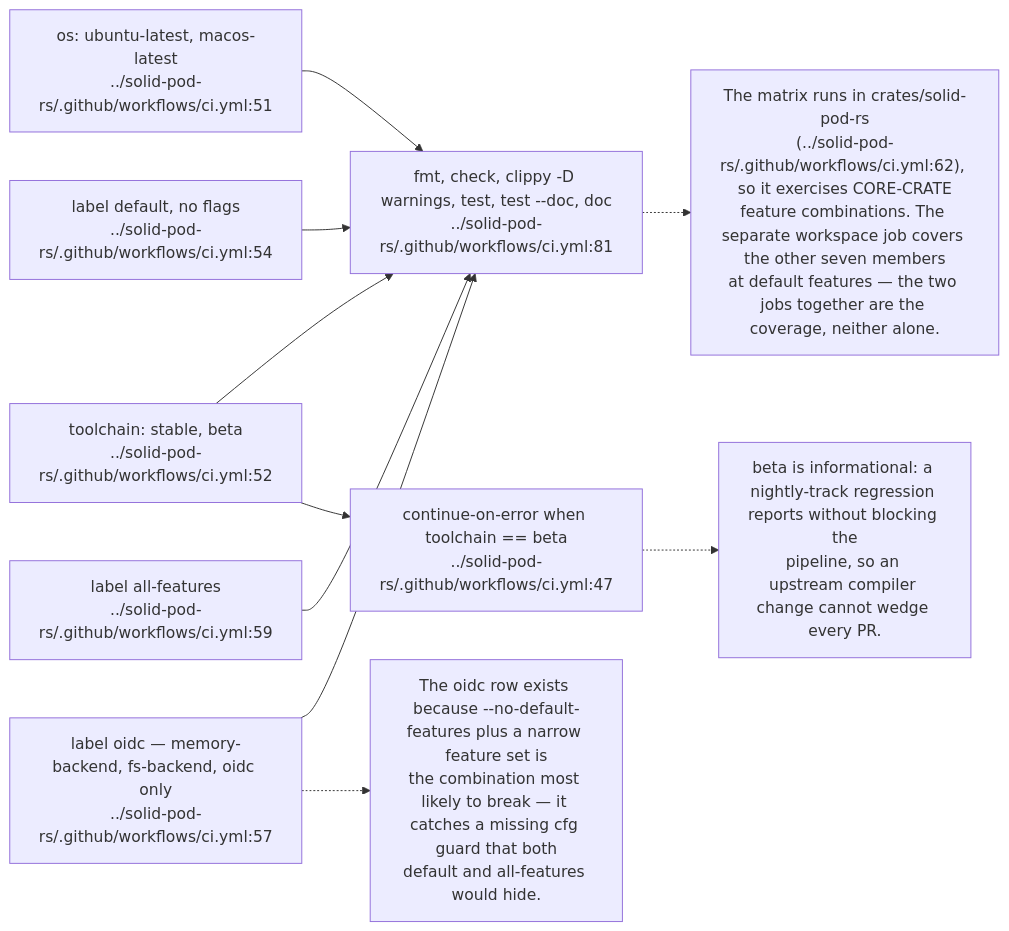
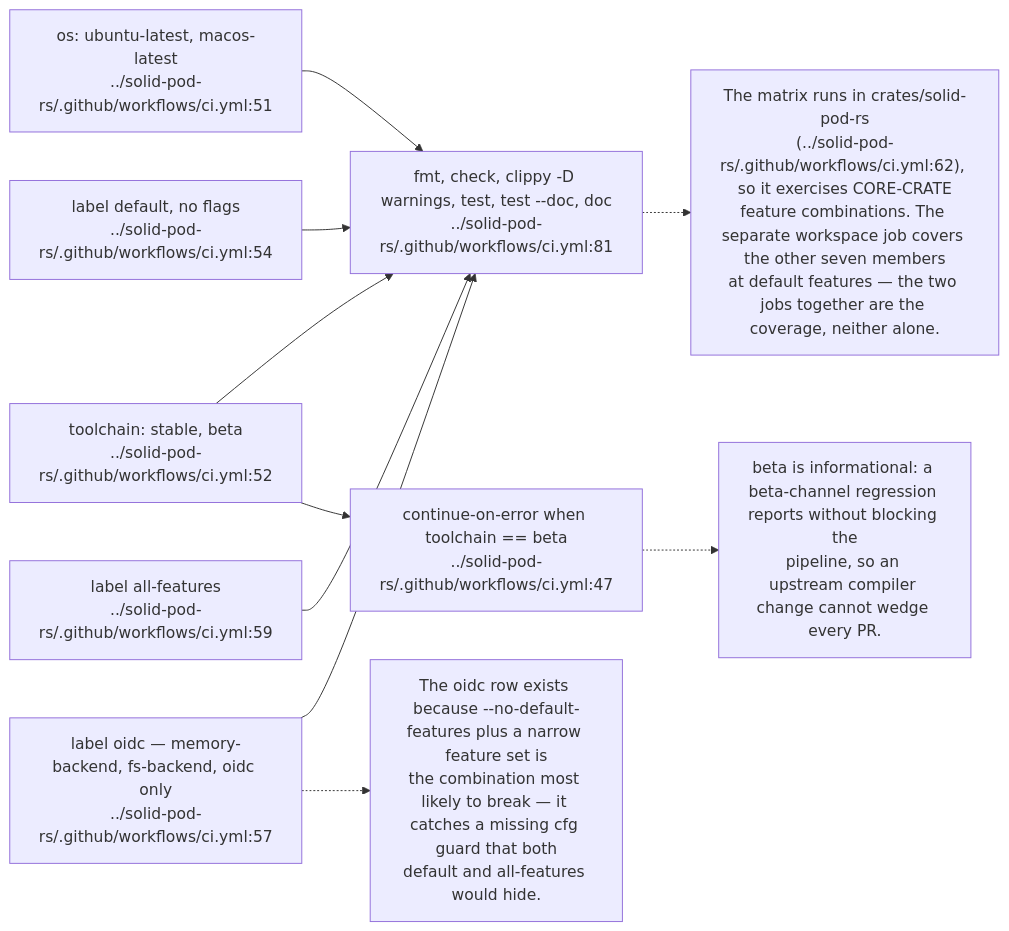
Before and after one commit to DreamLab-AI/VisionFlow: the second of 9 diagrams in docs/diagrams/solid-pod-rs/09-ci-release-and-consumer-pins.md, drawn with Mermaid. The commit also changed other lines of this file and 47 other files, not shown here.

````diff
--- a/docs/diagrams/solid-pod-rs/09-ci-release-and-consumer-pins.md
+++ b/docs/diagrams/solid-pod-rs/09-ci-release-and-consumer-pins.md
@@ -80,24 +89,24 @@
 ```mermaid
 flowchart LR
     OS["os: ubuntu-latest, macos-latest<br/>../solid-pod-rs/.github/workflows/ci.yml:51"]
     TC["toolchain: stable, beta<br/>../solid-pod-rs/.github/workflows/ci.yml:52"]
     F1["label default, no flags<br/>../solid-pod-rs/.github/workflows/ci.yml:54"]
     F2["label oidc — memory-backend, fs-backend, oidc only<br/>../solid-pod-rs/.github/workflows/ci.yml:57"]
     F3["label all-features<br/>../solid-pod-rs/.github/workflows/ci.yml:59"]
     STEPS["fmt, check, clippy -D warnings, test, test --doc, doc<br/>../solid-pod-rs/.github/workflows/ci.yml:81"]
     BETA["continue-on-error when toolchain == beta<br/>../solid-pod-rs/.github/workflows/ci.yml:47"]
 
     OS --> STEPS
     TC --> STEPS
     F1 --> STEPS
     F2 --> STEPS
     F3 --> STEPS
     TC --> BETA
 
     N["The matrix runs in crates/solid-pod-rs<br/>(../solid-pod-rs/.github/workflows/ci.yml:62), so it exercises CORE-CRATE<br/>feature combinations. The separate workspace job covers the other seven members<br/>at default features — the two jobs together are the coverage, neither alone."]
     STEPS -.-> N
-    N2["beta is informational: a nightly-track regression reports without blocking the<br/>pipeline, so an upstream compiler change cannot wedge every PR."]
+    N2["beta is informational: a beta-channel regression reports without blocking the<br/>pipeline, so an upstream compiler change cannot wedge every PR."]
     BETA -.-> N2
     N3["The oidc row exists because --no-default-features plus a narrow feature set is<br/>the combination most likely to break — it catches a missing cfg guard that both<br/>default and all-features would hide."]
     F2 -.-> N3
 ```
````
